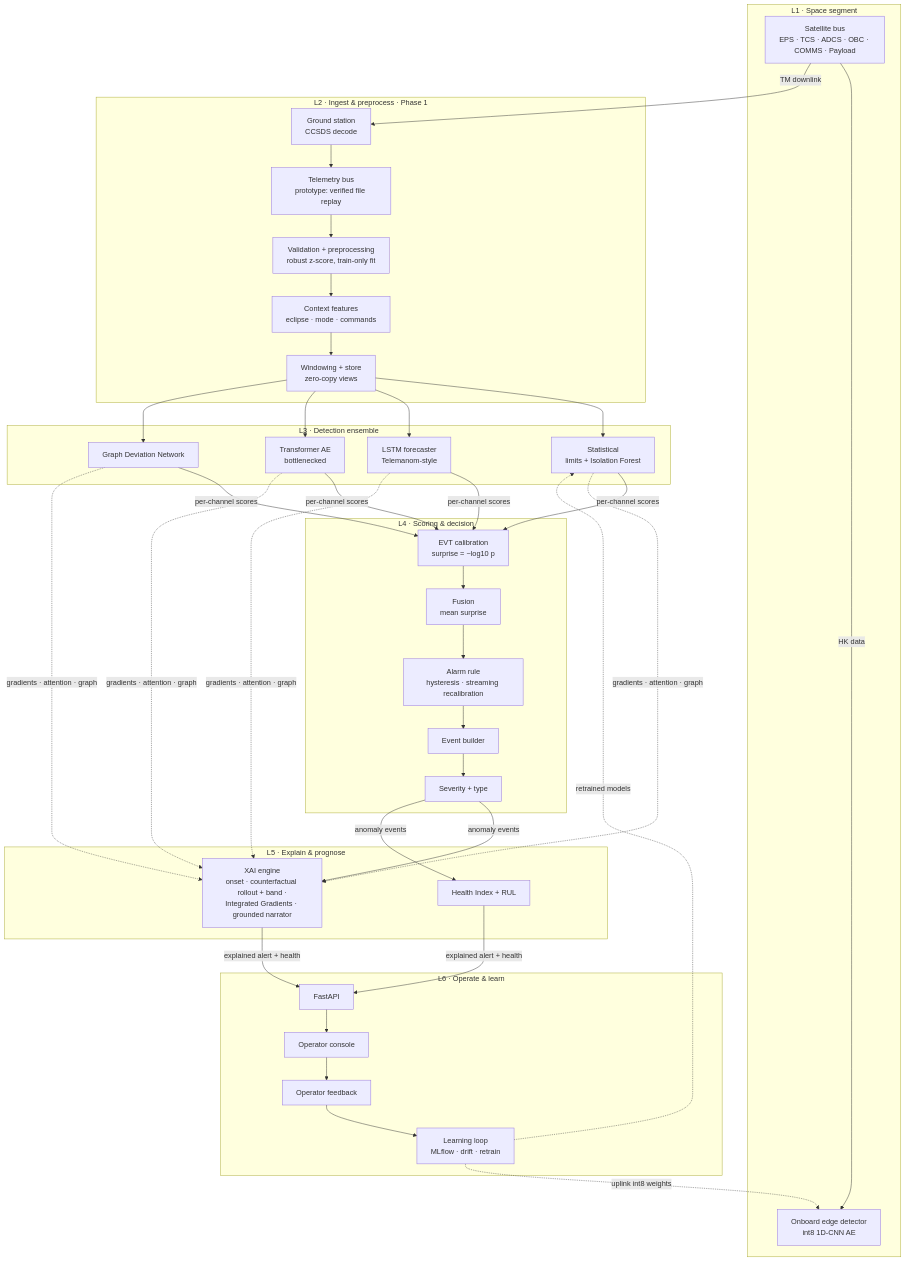
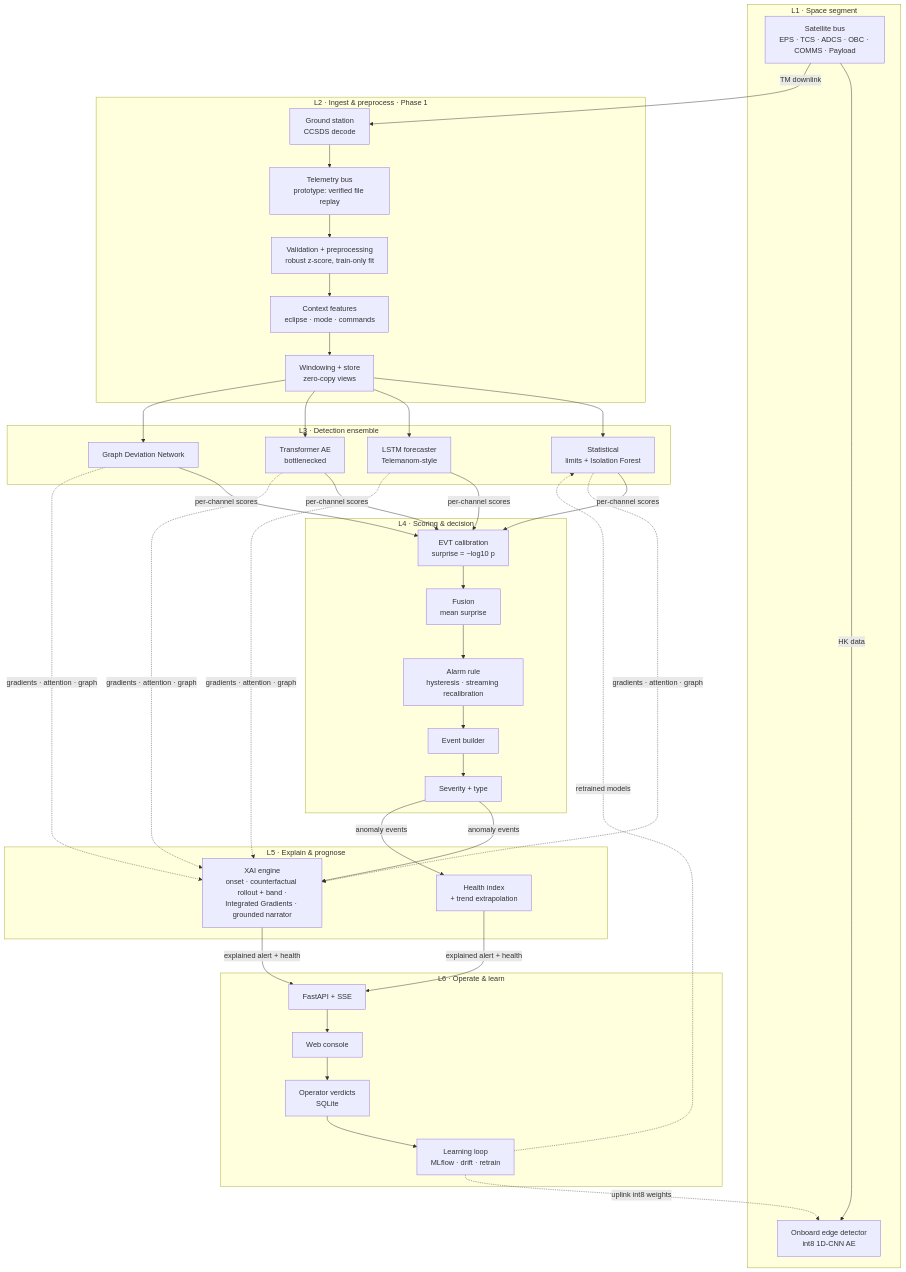
Before and after one commit to anurag-23werty/SatPred: the diagram in docs/ARCHITECTURE.md, drawn with Mermaid. The commit also changed other lines of this file and 2 other files, not shown here.

Commit message:
docs: mark Phase 6 complete in README, roadmap and architecture

````diff
--- a/docs/ARCHITECTURE.md
+++ b/docs/ARCHITECTURE.md
@@ -11,36 +12,36 @@
 ```mermaid
 flowchart TB
     subgraph L1[L1 · Space segment]
         BUS[Satellite bus<br/>EPS · TCS · ADCS · OBC · COMMS · Payload] -->|HK data| EDGE[Onboard edge detector<br/>int8 1D-CNN AE]
     end
     subgraph L2[L2 · Ingest & preprocess · Phase 1]
         GS[Ground station<br/>CCSDS decode] --> BUSQ[Telemetry bus<br/>prototype: verified file replay]
         BUSQ --> PRE[Validation + preprocessing<br/>robust z-score, train-only fit]
         PRE --> CTX[Context features<br/>eclipse · mode · commands]
         CTX --> WIN[Windowing + store<br/>zero-copy views]
     end
     subgraph L3[L3 · Detection ensemble]
         M1[Statistical<br/>limits + Isolation Forest]
         M2[LSTM forecaster<br/>Telemanom-style]
         M3[Transformer AE<br/>bottlenecked]
         M4[Graph Deviation Network]
     end
     subgraph L4[L4 · Scoring & decision]
         NORM[EVT calibration<br/>surprise = −log10 p] --> FUSE[Fusion<br/>mean surprise] --> THR[Alarm rule<br/>hysteresis · streaming recalibration] --> EVT[Event builder] --> SEV[Severity + type]
     end
     subgraph L5[L5 · Explain & prognose]
         XAI[XAI engine<br/>onset · counterfactual rollout + band ·<br/>Integrated Gradients · grounded narrator]
-        HI[Health Index + RUL]
+        HI[Health index<br/>+ trend extrapolation]
     end
     subgraph L6[L6 · Operate & learn]
-        API[FastAPI] --> UI[Operator console] --> FB[Operator feedback] --> MLOPS[Learning loop<br/>MLflow · drift · retrain]
+        API[FastAPI + SSE] --> UI[Web console] --> FB[Operator verdicts<br/>SQLite] --> MLOPS[Learning loop<br/>MLflow · drift · retrain]
     end
     BUS -->|TM downlink| GS
     WIN --> M1 & M2 & M3 & M4
     M1 & M2 & M3 & M4 -->|per-channel scores| NORM
     M1 & M2 & M3 & M4 -. gradients · attention · graph .-> XAI
     SEV -->|anomaly events| XAI & HI
     XAI & HI -->|explained alert + health| API
     MLOPS -. retrained models .-> M1
     MLOPS -. uplink int8 weights .-> EDGE
 ```
````
